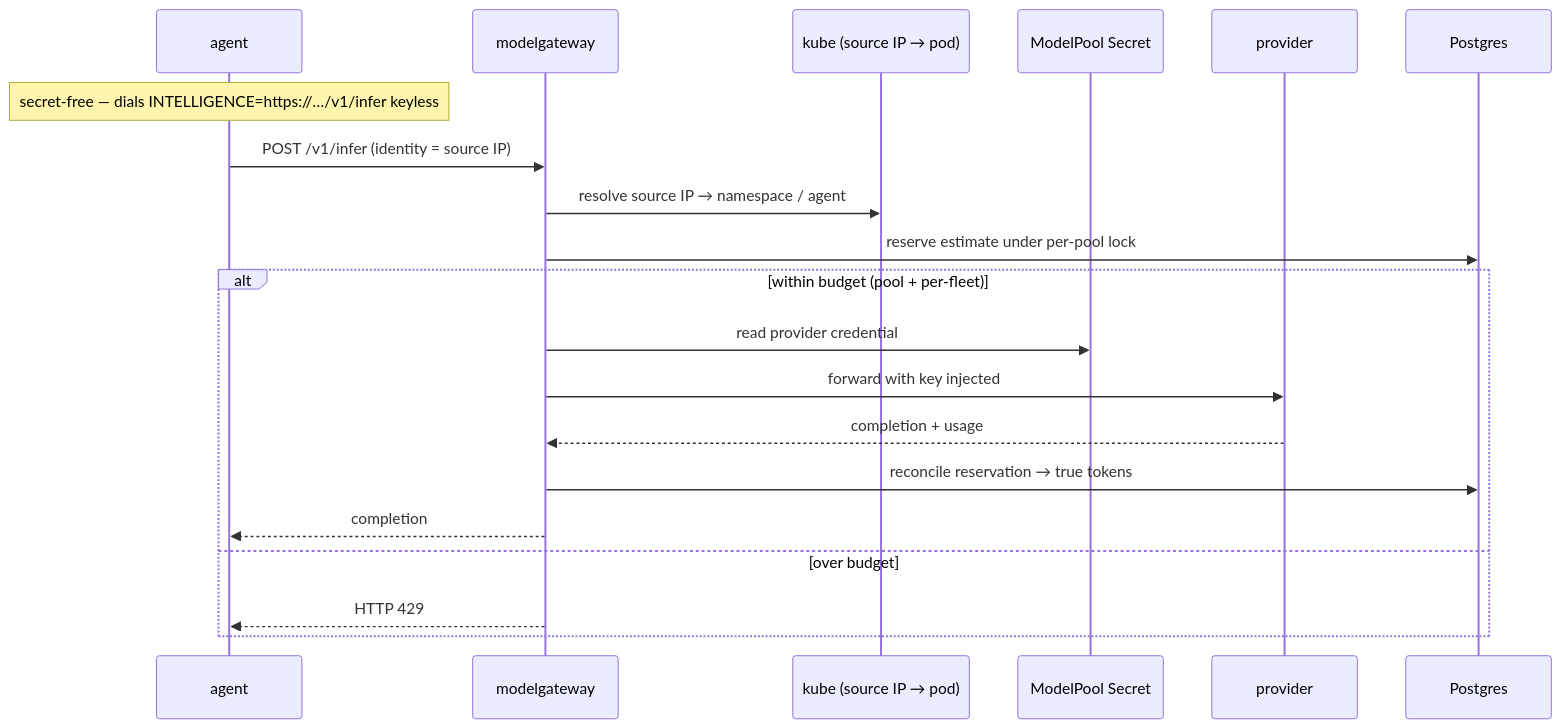
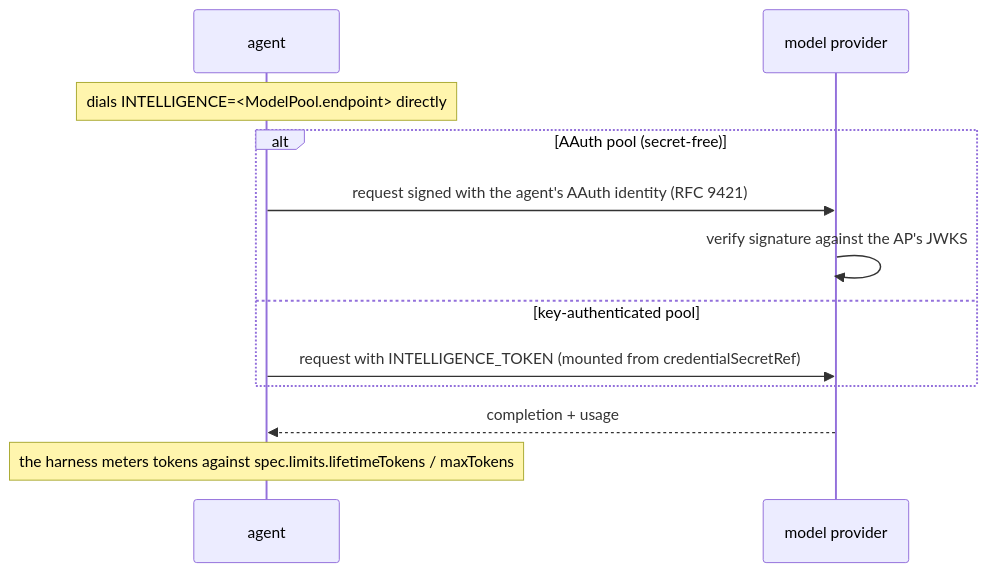
The fourth of 8 diagrams in docs/architecture.md (AgentCTL-dev/source-code), drawn with Mermaid before and after one commit. The commit also changed other lines of this file and 105 other files, not shown here.

````diff
--- a/docs/architecture.md
+++ b/docs/architecture.md
@@ -521,22 +501,14 @@
 ```mermaid
 sequenceDiagram
   participant AG as agent
-  participant MG as modelgateway
-  participant KW as kube (source IP → pod)
-  participant SEC as ModelPool Secret
-  participant P as provider
-  participant DB as Postgres
-  Note over AG: secret-free — dials INTELLIGENCE=https://…/v1/infer keyless
-  AG->>MG: POST /v1/infer (identity = source IP)
-  MG->>KW: resolve source IP → namespace / agent
-  MG->>DB: reserve estimate under per-pool lock
-  alt within budget (pool + per-fleet)
-    MG->>SEC: read provider credential
-    MG->>P: forward with key injected
-    P-->>MG: completion + usage
-    MG->>DB: reconcile reservation → true tokens
-    MG-->>AG: completion
-  else over budget
-    MG-->>AG: HTTP 429
+  participant P as model provider
+  Note over AG: dials INTELLIGENCE=<ModelPool.endpoint> directly
+  alt AAuth pool (secret-free)
+    AG->>P: request signed with the agent's AAuth identity (RFC 9421)
+    P->>P: verify signature against the AP's JWKS
+  else key-authenticated pool
+    AG->>P: request with INTELLIGENCE_TOKEN (mounted from credentialSecretRef)
   end
+  P-->>AG: completion + usage
+  Note over AG: the harness meters tokens against spec.limits.lifetimeTokens / maxTokens
 ```
````
